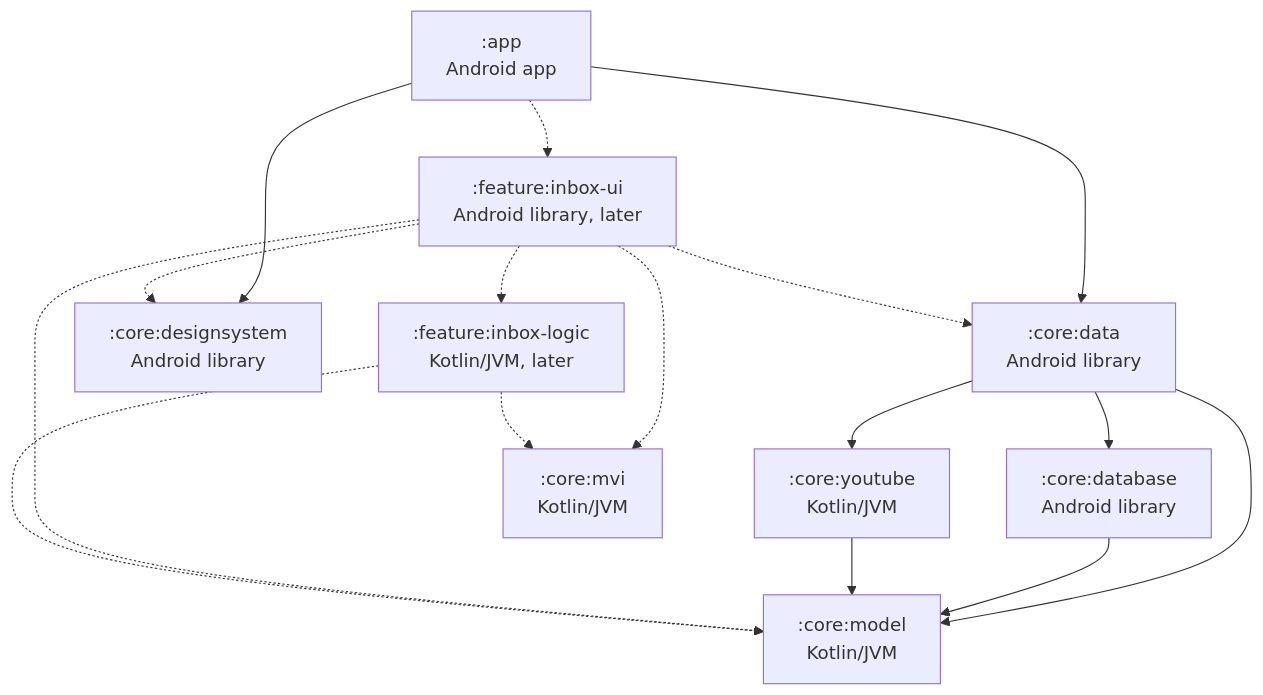
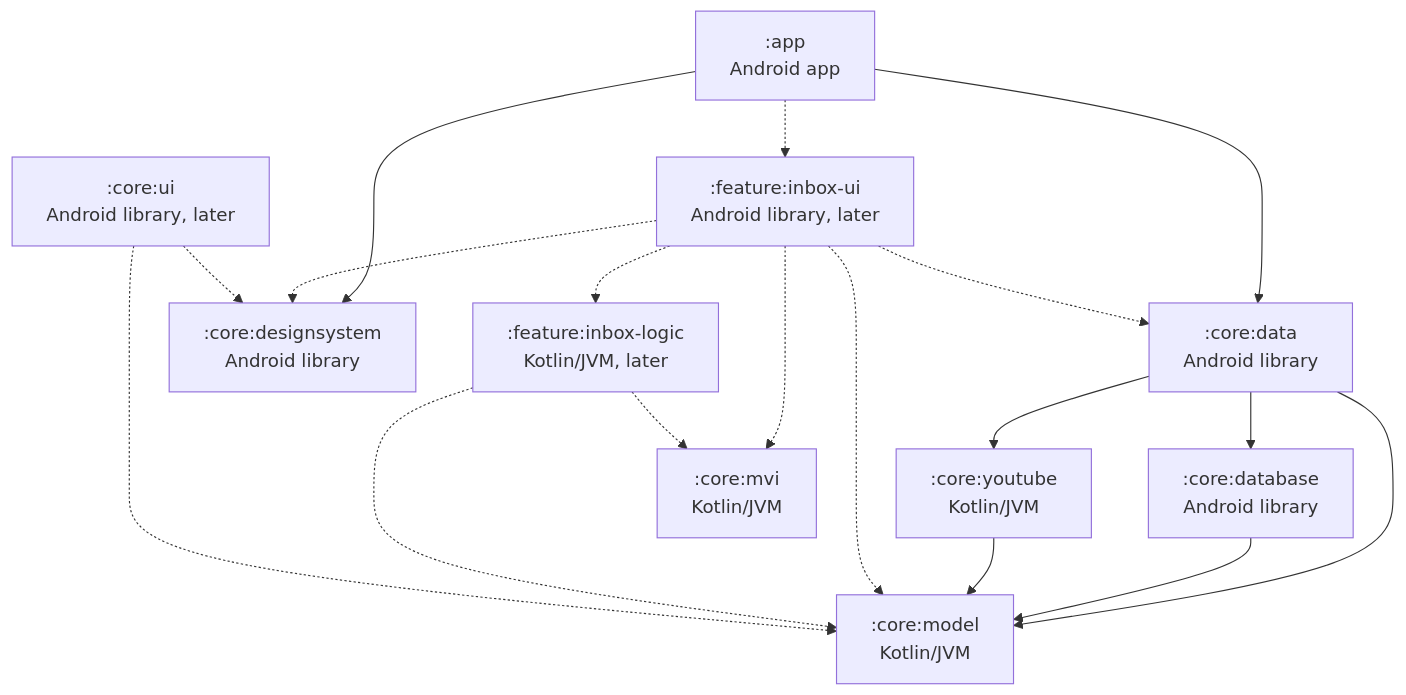
Before and after one commit to dewfallapp/dewfall: the diagram in docs/architecture.md, drawn with Mermaid. The commit also changed other lines of this file and 3 other files, not shown here.

````diff
--- a/docs/architecture.md
+++ b/docs/architecture.md
@@ -16,29 +16,32 @@
 ```mermaid
 graph TD
     app[":app<br/>Android app"]
     data[":core:data<br/>Android library"]
     database[":core:database<br/>Android library"]
     designsystem[":core:designsystem<br/>Android library"]
     youtube[":core:youtube<br/>Kotlin/JVM"]
     model[":core:model<br/>Kotlin/JVM"]
     mvi[":core:mvi<br/>Kotlin/JVM"]
+    coreUi[":core:ui<br/>Android library, later"]
     inboxUi[":feature:inbox-ui<br/>Android library, later"]
     inboxLogic[":feature:inbox-logic<br/>Kotlin/JVM, later"]
 
     app --> data
     app --> designsystem
     data --> database
     data --> youtube
     data --> model
     database --> model
     youtube --> model
 
     app -.-> inboxUi
     inboxUi -.-> inboxLogic
     inboxUi -.-> data
     inboxUi -.-> designsystem
     inboxUi -.-> mvi
     inboxUi -.-> model
     inboxLogic -.-> mvi
     inboxLogic -.-> model
+    coreUi -.-> designsystem
+    coreUi -.-> model
 ```
````
